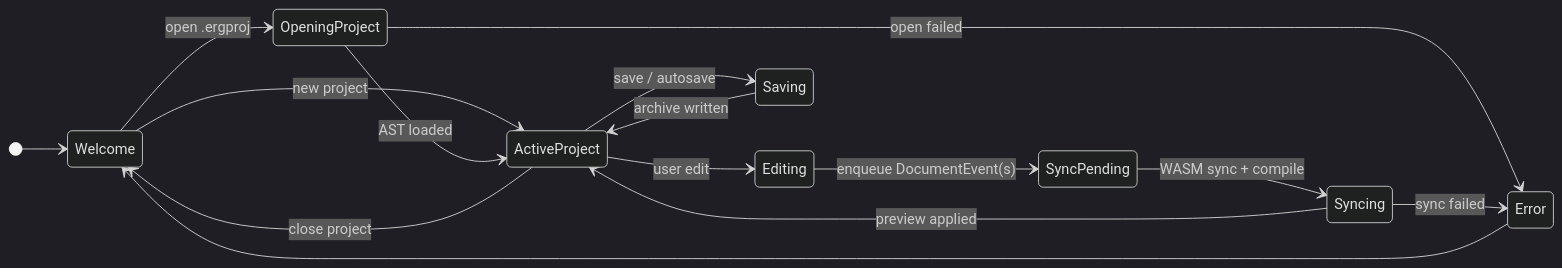
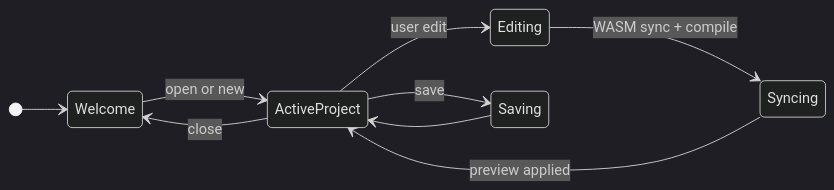
Before and after one commit to andmoreduro/ergo: the first of 5 diagrams in context/state-diagrams.md, drawn with Mermaid (dark theme). The commit also changed other lines of this file and 374 other files, not shown here.

````diff
--- a/context/state-diagrams.md
+++ b/context/state-diagrams.md
@@ -7,22 +7,12 @@
 ```mermaid
 stateDiagram-v2
     direction LR
-
     [*] --> Welcome
-    Welcome --> OpeningProject : open .ergproj
-    Welcome --> ActiveProject : new project
-
-    OpeningProject --> ActiveProject : AST loaded
-    OpeningProject --> Error : open failed
-    Error --> Welcome
-
+    Welcome --> ActiveProject : open or new
     ActiveProject --> Editing : user edit
-    Editing --> SyncPending : enqueue DocumentEvent(s)
-    SyncPending --> Syncing : WASM sync + compile
+    Editing --> Syncing : WASM sync + compile
     Syncing --> ActiveProject : preview applied
-    Syncing --> Error : sync failed
-
-    ActiveProject --> Saving : save / autosave
-    Saving --> ActiveProject : archive written
-    ActiveProject --> Welcome : close project
+    ActiveProject --> Saving : save
+    Saving --> ActiveProject
+    ActiveProject --> Welcome : close
 ```
````
